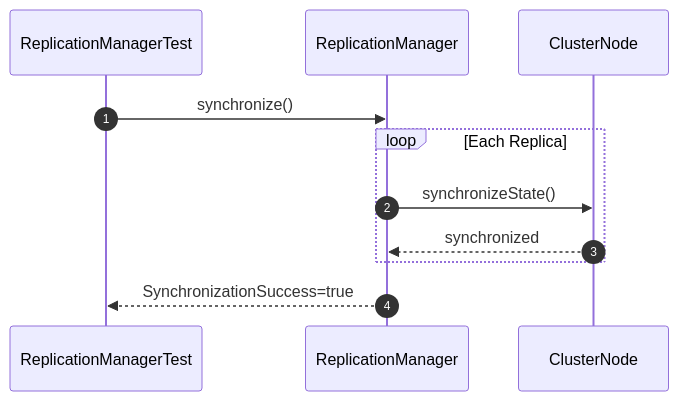
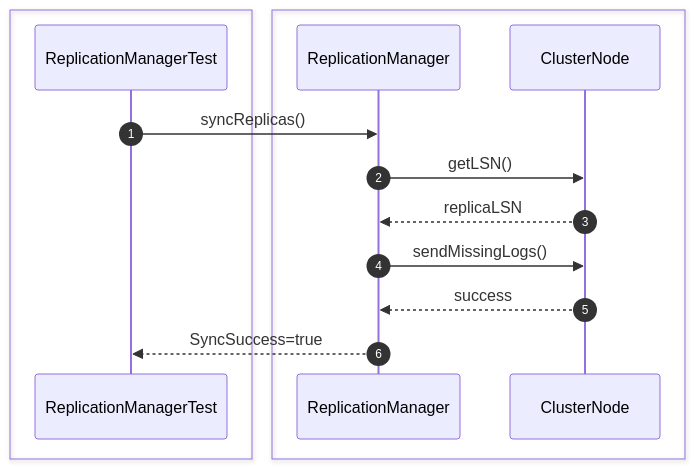
Before and after one commit to Huy1801214/dbms-architecture: the second of 26 diagrams in src/sequence/replication.md, drawn with Mermaid. The commit also changed other lines of this file and 10 other files, not shown here.

Commit message:
add comprehensive sequence diagrams and documentation for system architecture and unit testing specifications

````diff
--- a/src/sequence/replication.md
+++ b/src/sequence/replication.md
@@ -28,16 +25,19 @@
 ```mermaid
 sequenceDiagram
     autonumber
+
+    box #e1f5fe Test Suite
     participant Test as ReplicationManagerTest
-    participant Replication as ReplicationManager
+    end
+    box #ffebee Replication Components
+    participant Manager as ReplicationManager
     participant Node as ClusterNode
-
-    Test->>Replication: synchronize()
-
-    loop Each Replica
-        Replication->>Node: synchronizeState()
-        Node-->>Replication: synchronized
     end
 
-    Replication-->>Test: SynchronizationSuccess=true
+    Test->>Manager: syncReplicas()
+    Manager->>Node: getLSN()
+    Node-->>Manager: replicaLSN
+    Manager->>Node: sendMissingLogs()
+    Node-->>Manager: success
+    Manager-->>Test: SyncSuccess=true
 ```
````
